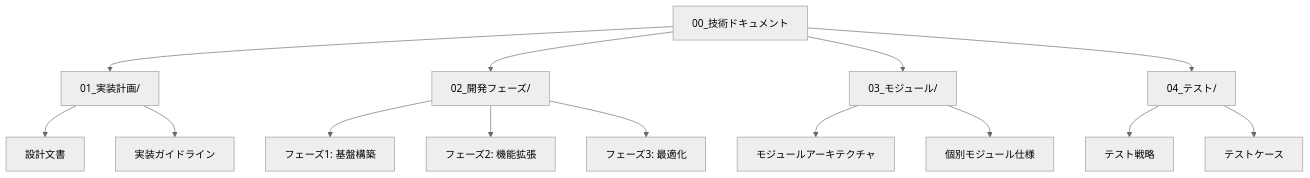
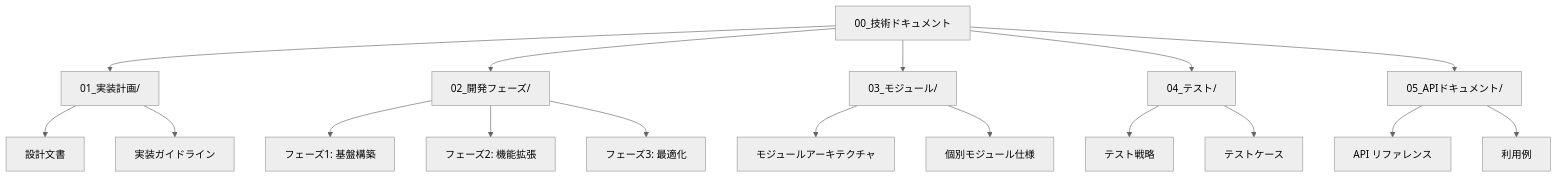
The diagram in docs-ja/00_技術ドキュメント/README.md (eda3/edv), drawn with Mermaid (neutral theme) before and after one commit. The commit also changed other lines of this file and 4 other files, not shown here.

````diff
--- a/docs-ja/00_技術ドキュメント/README.md
+++ b/docs-ja/00_技術ドキュメント/README.md
@@ -7,20 +7,24 @@
 ```mermaid
 flowchart TD
     Root["00_技術ドキュメント"] --> Implementation["01_実装計画/"]
     Root --> Phases["02_開発フェーズ/"]
     Root --> Modules["03_モジュール/"]
     Root --> Testing["04_テスト/"]
+    Root --> API["05_APIドキュメント/"]
     
     Implementation --> Design["設計文書"]
     Implementation --> Guide["実装ガイドライン"]
     
     Phases --> Phase1["フェーズ1: 基盤構築"]
     Phases --> Phase2["フェーズ2: 機能拡張"]
     Phases --> Phase3["フェーズ3: 最適化"]
     
     Modules --> Architecture["モジュールアーキテクチャ"]
     Modules --> ModuleSpecs["個別モジュール仕様"]
     
     Testing --> Strategy["テスト戦略"]
     Testing --> Cases["テストケース"]
+    
+    API --> ApiReference["API リファレンス"]
+    API --> Examples["利用例"]
 ```
````
